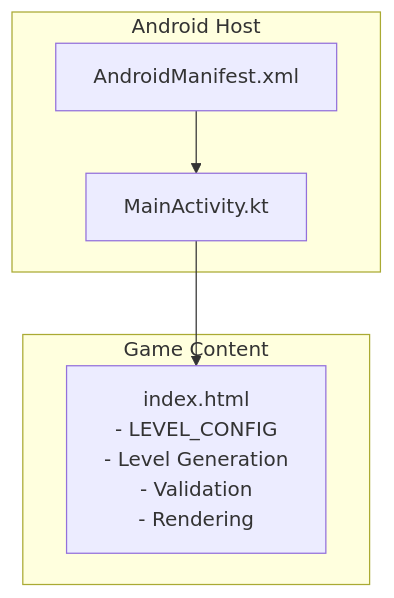
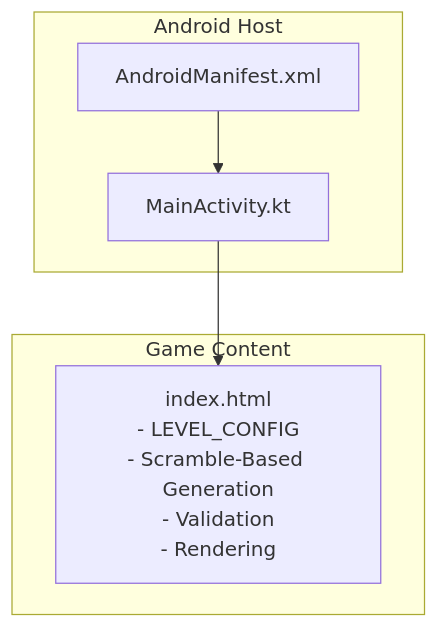
One commit to chetanck03/games changed the first of 3 diagrams in .qoder/repowiki/en/content/Game Engine & Logic/Level System & Configuration.md. Above: the diagram before and after it, drawn with Mermaid. The commit also changed other lines of this file and 3 other files, not shown here.

First line of the commit message:
feat(level): enhance level generation with scramble and empty tube management

````diff
--- a/.qoder/repowiki/en/content/Game Engine & Logic/Level System & Configuration.md
+++ b/.qoder/repowiki/en/content/Game Engine & Logic/Level System & Configuration.md
@@ -27,12 +35,12 @@
 ```mermaid
 graph TB
 subgraph "Android Host"
 A_MainActivity["MainActivity.kt"]
 A_Manifest["AndroidManifest.xml"]
 end
 subgraph "Game Content"
-H_Index["index.html<br/>- LEVEL_CONFIG<br/>- Level Generation<br/>- Validation<br/>- Rendering"]
+H_Index["index.html<br/>- LEVEL_CONFIG<br/>- Scramble-Based Generation<br/>- Validation<br/>- Rendering"]
 end
 A_MainActivity --> H_Index
 A_Manifest --> A_MainActivity
 ```
````
